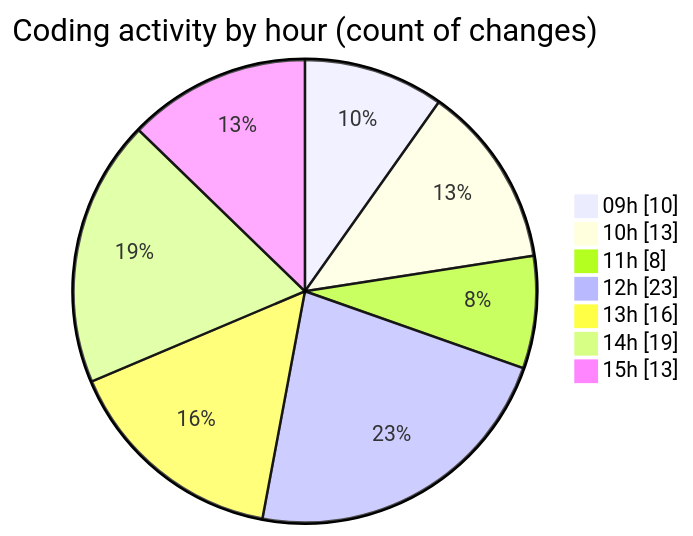
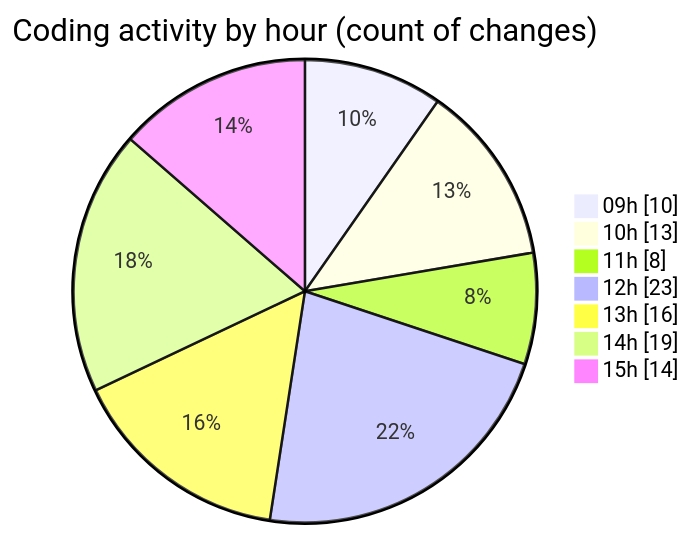
One commit to momahboobian/code-tracking changed the second of 2 diagrams in 2025-03-07/cda/README.md. Above: the diagram before and after it, drawn with Mermaid. The commit also changed other lines of this file and 1 other file, not shown here.

````diff
--- a/2025-03-07/cda/README.md
+++ b/2025-03-07/cda/README.md
@@ -48,11 +48,11 @@
 ```mermaid
 pie showData
 title Coding activity by hour (count of changes)
 "09h" : 10
 "10h" : 13
 "11h" : 8
 "12h" : 23
 "13h" : 16
 "14h" : 19
-"15h" : 13
+"15h" : 14
 ```
````
